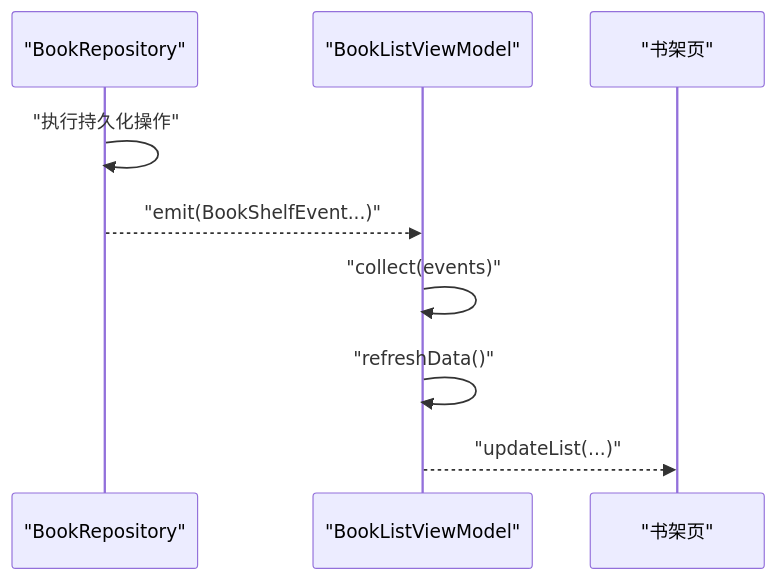
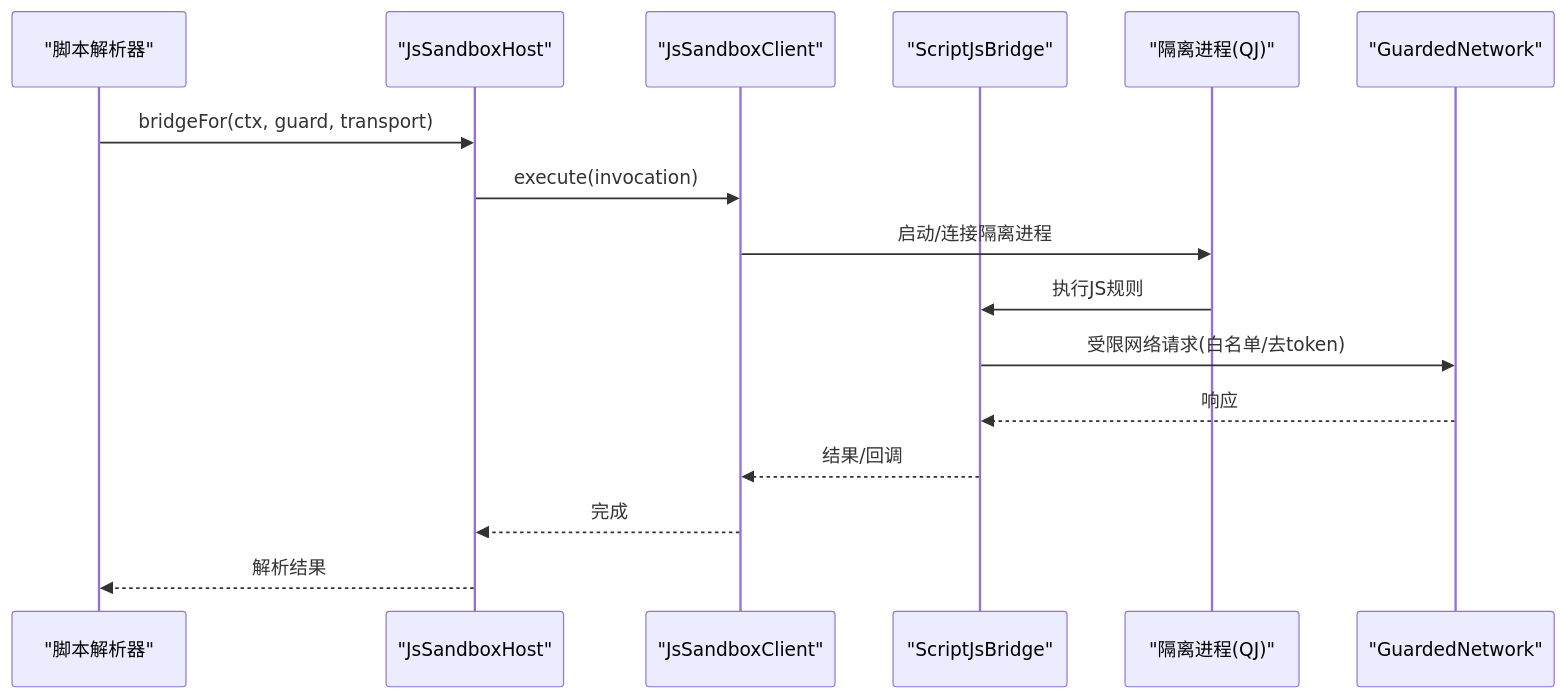
The seventh of 8 diagrams in .qoder/repowiki/zh/content/架构设计/架构设计.md (xrn1997/android-ebook), drawn with Mermaid before and after one commit. The commit also changed other lines of this file and 544 other files, not shown here.

````diff
--- a/.qoder/repowiki/zh/content/架构设计/架构设计.md
+++ b/.qoder/repowiki/zh/content/架构设计/架构设计.md
@@ -220,11 +273,19 @@
 ```mermaid
 sequenceDiagram
-    participant Repo as "BookRepository"
-    participant VM as "BookListViewModel"
-    participant UI as "书架页"
-    Repo->>Repo: "执行持久化操作"
-    Repo-->>VM: "emit(BookShelfEvent...)"
-    VM->>VM: "collect(events)"
-    VM->>VM: "refreshData()"
-    VM-->>UI: "updateList(...)"
+    participant Parser as "脚本解析器"
+    participant Host as "JsSandboxHost"
+    participant Client as "JsSandboxClient"
+    participant Bridge as "ScriptJsBridge"
+    participant Proc as "隔离进程(QJ)"
+    participant Guard as "GuardedNetwork"
+
+    Parser->>Host: bridgeFor(ctx, guard, transport)
+    Host->>Client: execute(invocation)
+    Client->>Proc: 启动/连接隔离进程
+    Proc->>Bridge: 执行JS规则
+    Bridge->>Guard: 受限网络请求(白名单/去token)
+    Guard-->>Bridge: 响应
+    Bridge-->>Client: 结果/回调
+    Client-->>Host: 完成
+    Host-->>Parser: 解析结果
 ```
````
